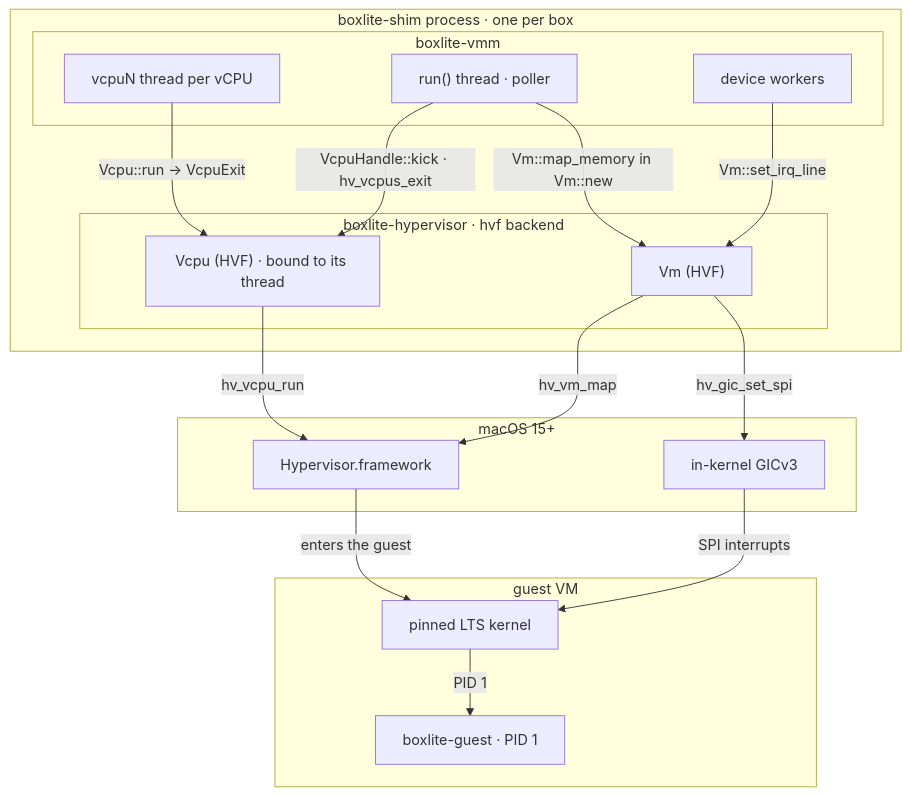
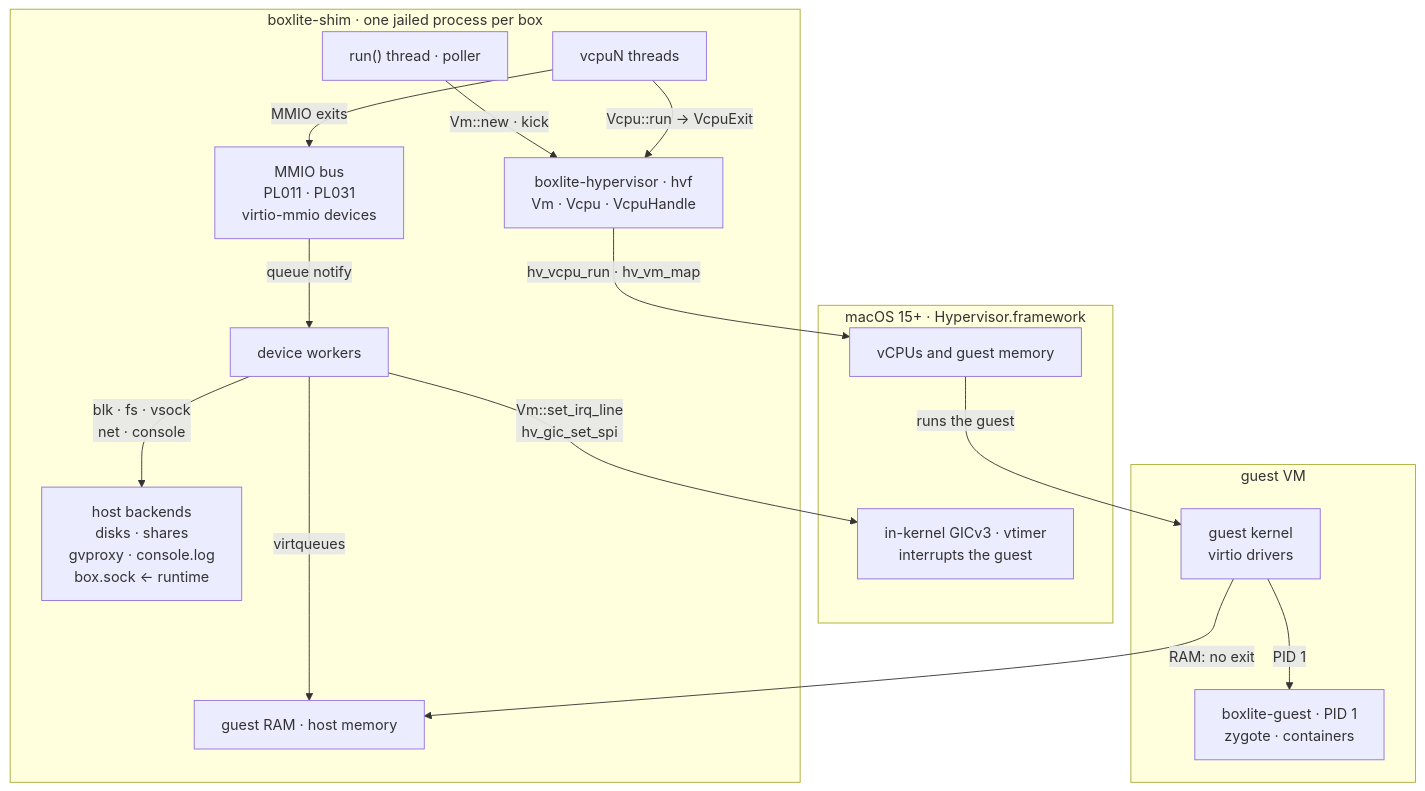
One commit to boxlite-ai/boxlite changed the first of 8 diagrams in docs/architecture/vmm/hvf.md. Above: the diagram before and after it, drawn with Mermaid. The commit also changed other lines of this file and 4 other files, not shown here.

````diff
--- a/docs/architecture/vmm/hvf.md
+++ b/docs/architecture/vmm/hvf.md
@@ -5,32 +7,31 @@
 ```mermaid
 flowchart TB
-  subgraph shim_process["boxlite-shim process · one per box"]
-    subgraph vmm_crate["boxlite-vmm"]
-      run_thread["run() thread · poller"]
-      device_worker["device workers"]
-      vcpu_thread["vcpuN thread per vCPU"]
-    end
-    subgraph hvf_backend["boxlite-hypervisor · hvf backend"]
-      hvf_vm["Vm (HVF)"]
-      hvf_vcpu["Vcpu (HVF) · bound to its thread"]
-    end
+  subgraph shim["boxlite-shim · one jailed process per box"]
+    run_thread["run() thread · poller"]
+    vcpu_threads["vcpuN threads"]
+    backend["boxlite-hypervisor · hvf<br/>Vm · Vcpu · VcpuHandle"]
+    devices["MMIO bus<br/>PL011 · PL031<br/>virtio-mmio devices"]
+    workers["device workers"]
+    guest_ram["guest RAM · host memory"]
+    backends["host backends<br/>disks · shares<br/>gvproxy · console.log<br/>box.sock ← runtime"]
   end
-  subgraph macos["macOS 15+"]
-    hvf_api["Hypervisor.framework"]
-    gic["in-kernel GICv3"]
+  subgraph host_hv["macOS 15+ · Hypervisor.framework"]
+    hv["vCPUs and guest memory"]
+    irqchip["in-kernel GICv3 · vtimer<br/>interrupts the guest"]
   end
-  subgraph guest_vm["guest VM"]
-    guest_kernel["pinned LTS kernel"]
-    guest_init["boxlite-guest · PID 1"]
+  subgraph guest["guest VM"]
+    kernel["guest kernel<br/>virtio drivers"]
+    agent["boxlite-guest · PID 1<br/>zygote · containers"]
   end
-  vcpu_thread e_vcpu_run@-->|"Vcpu::run → VcpuExit"| hvf_vcpu
-  hvf_vcpu e_hv_vcpu_run@-->|"hv_vcpu_run"| hvf_api
-  hvf_api e_enter_guest@-->|"enters the guest"| guest_kernel
-  run_thread e_kick@-->|"VcpuHandle::kick · hv_vcpus_exit"| hvf_vcpu
-  run_thread e_map_memory@-->|"Vm::map_memory in Vm::new"| hvf_vm
-  hvf_vm e_hv_vm_map@-->|"hv_vm_map"| hvf_api
-  device_worker e_set_irq_line@-->|"Vm::set_irq_line"| hvf_vm
-  hvf_vm e_gic_set_spi@-->|"hv_gic_set_spi"| gic
-  gic e_guest_irq@-->|"SPI interrupts"| guest_kernel
-  guest_kernel e_pid1@-->|"PID 1"| guest_init
+  run_thread c_new@-->|"Vm::new · kick"| backend
+  vcpu_threads c_run@-->|"Vcpu::run → VcpuExit"| backend
+  vcpu_threads c_exits@-->|"MMIO exits"| devices
+  backend c_hv@-->|"hv_vcpu_run · hv_vm_map"| hv
+  hv c_guest@-->|"runs the guest"| kernel
+  devices c_notify@-->|"queue notify"| workers
+  kernel c_ram@-->|"RAM: no exit"| guest_ram
+  kernel c_pid1@-->|"PID 1"| agent
+  workers c_queues@-->|"virtqueues"| guest_ram
+  workers c_backends@-->|"blk · fs · vsock<br/>net · console"| backends
+  workers c_irq@-->|"Vm::set_irq_line<br/>hv_gic_set_spi"| irqchip
 ```
````
